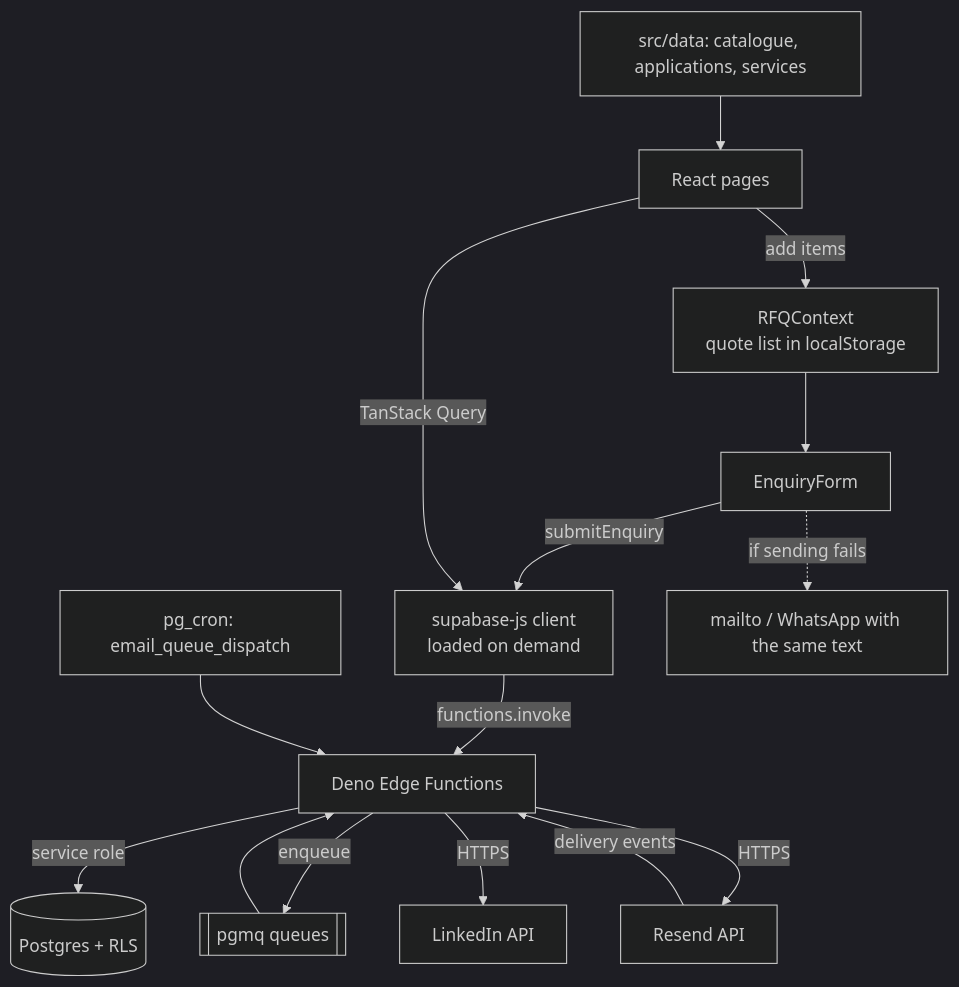
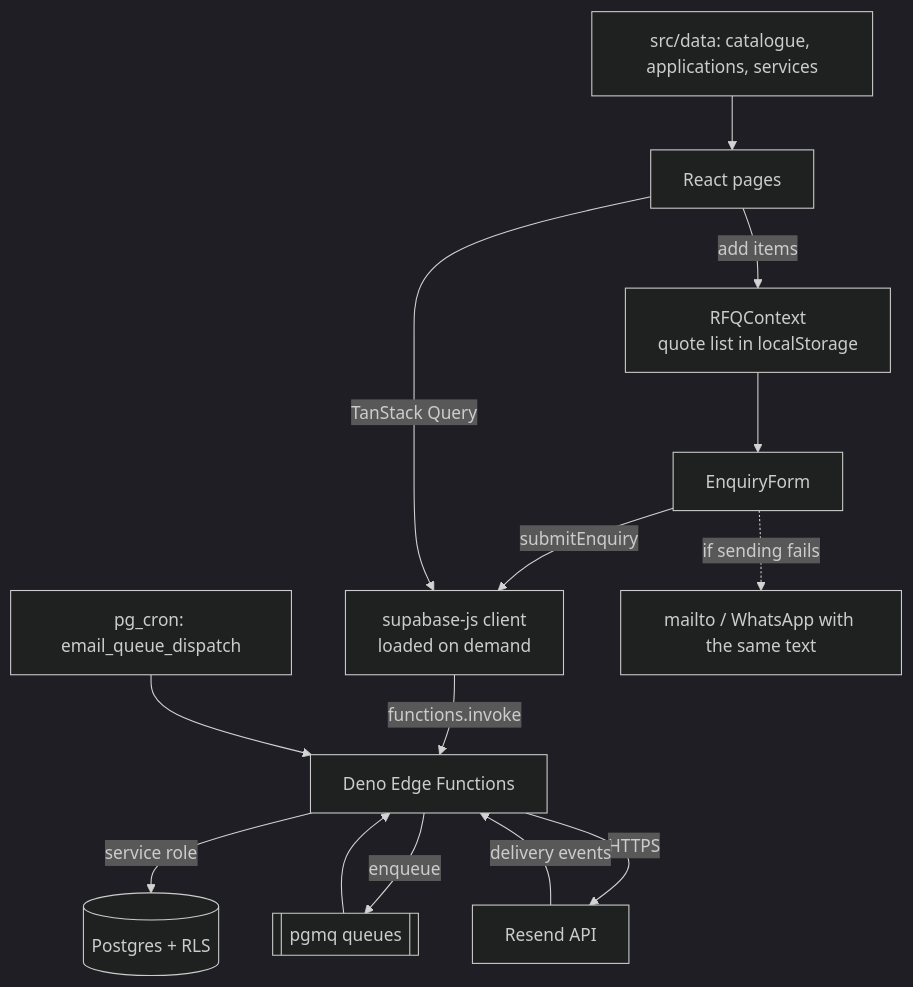
One commit to arka97/protpure-catalog changed the diagram in docs/ARCHITECTURE.md. Above: the diagram before and after it, drawn with Mermaid (dark theme). The commit also changed other lines of this file and 15 other files, not shown here.

````diff
--- a/docs/ARCHITECTURE.md
+++ b/docs/ARCHITECTURE.md
@@ -122,17 +123,16 @@
 ```mermaid
 graph TD
     Data[src/data: catalogue, applications, services] --> Pages[React pages]
     Pages -->|add items| RFQ[RFQContext<br/>quote list in localStorage]
     RFQ --> Form[EnquiryForm]
     Form -->|submitEnquiry| SupaJS[supabase-js client<br/>loaded on demand]
     Pages -->|TanStack Query| SupaJS
     SupaJS -->|functions.invoke| EF[Deno Edge Functions]
     EF -->|service role| PG[(Postgres + RLS)]
     EF -->|enqueue| PGMQ[[pgmq queues]]
     Cron[pg_cron: email_queue_dispatch] --> EF
     PGMQ --> EF
     EF -->|HTTPS| Resend[Resend API]
-    EF -->|HTTPS| LinkedIn[LinkedIn API]
     Resend -->|delivery events| EF
     Form -.->|if sending fails| Fallback[mailto / WhatsApp with the same text]
 ```
````
